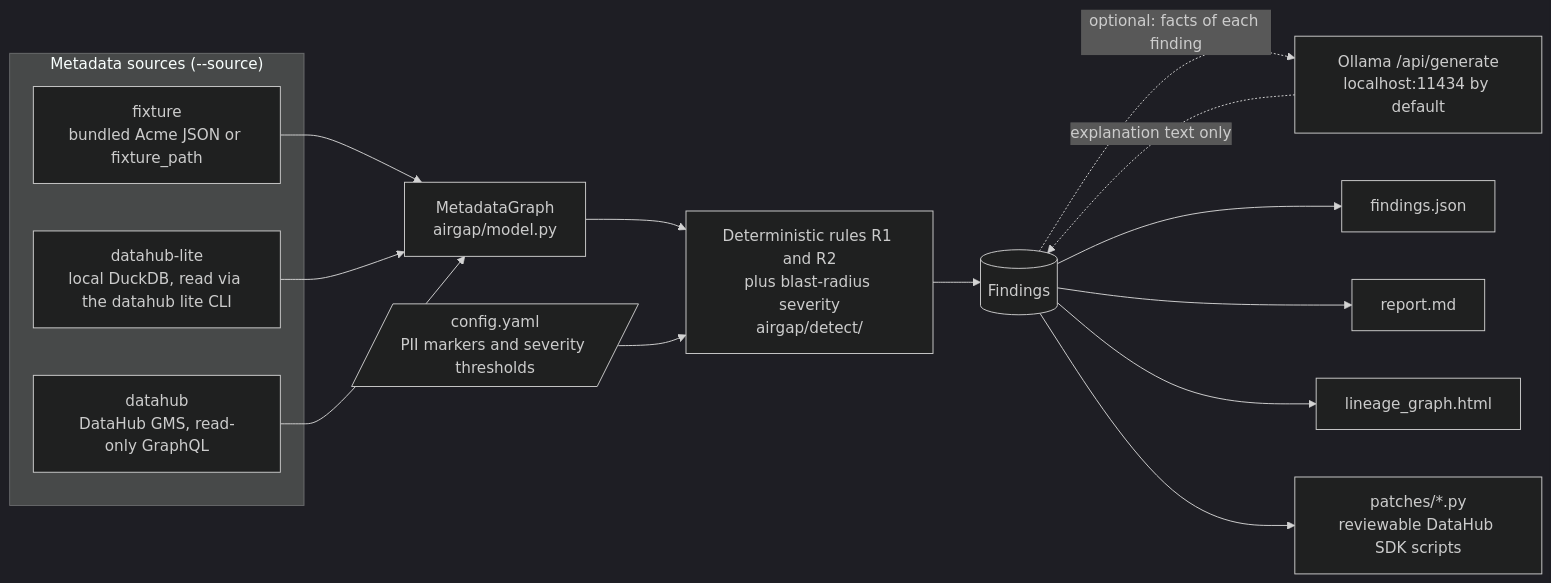
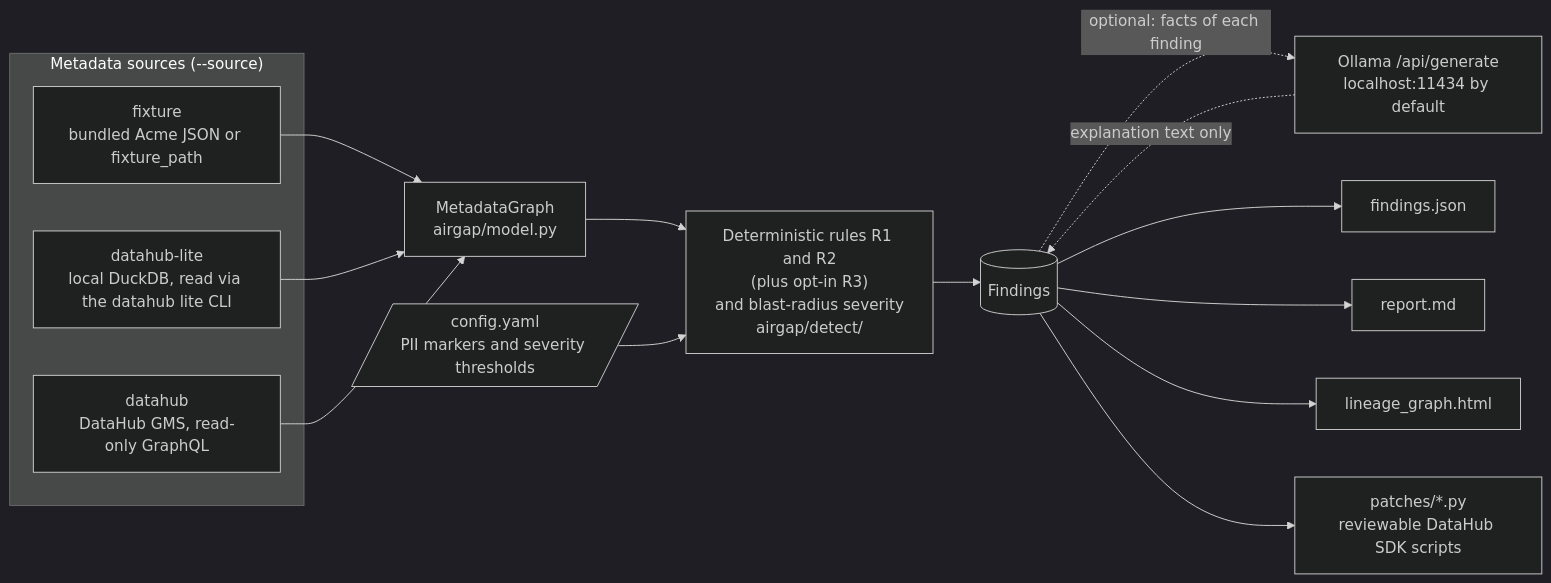
One commit to bfs2021/airgap changed the diagram in README.md. Above: the diagram before and after it, drawn with Mermaid (dark theme). The commit also changed other lines of this file and 7 other files, not shown here.

````diff
--- a/README.md
+++ b/README.md
@@ -298,21 +298,21 @@
 ```mermaid
 flowchart LR
     subgraph SRC["Metadata sources (--source)"]
         FX["fixture<br/>bundled Acme JSON or fixture_path"]
         LITE["datahub-lite<br/>local DuckDB, read via the datahub lite CLI"]
         GMS["datahub<br/>DataHub GMS, read-only GraphQL"]
     end
     CFG[/"config.yaml<br/>PII markers and severity thresholds"/]
     FX --> G
     LITE --> G
     GMS --> G
     G["MetadataGraph<br/>airgap/model.py"] --> D
     CFG --> D
-    D["Deterministic rules R1 and R2<br/>plus blast-radius severity<br/>airgap/detect/"] --> F[("Findings")]
+    D["Deterministic rules R1 and R2<br/>(plus opt-in R3)<br/>and blast-radius severity<br/>airgap/detect/"] --> F[("Findings")]
     F -. "optional: facts of each finding" .-> LLM["Ollama /api/generate<br/>localhost:11434 by default"]
     LLM -. "explanation text only" .-> F
     F --> J["findings.json"]
     F --> M["report.md"]
     F --> H["lineage_graph.html"]
     F --> P["patches/*.py<br/>reviewable DataHub SDK scripts"]
 ```
````
